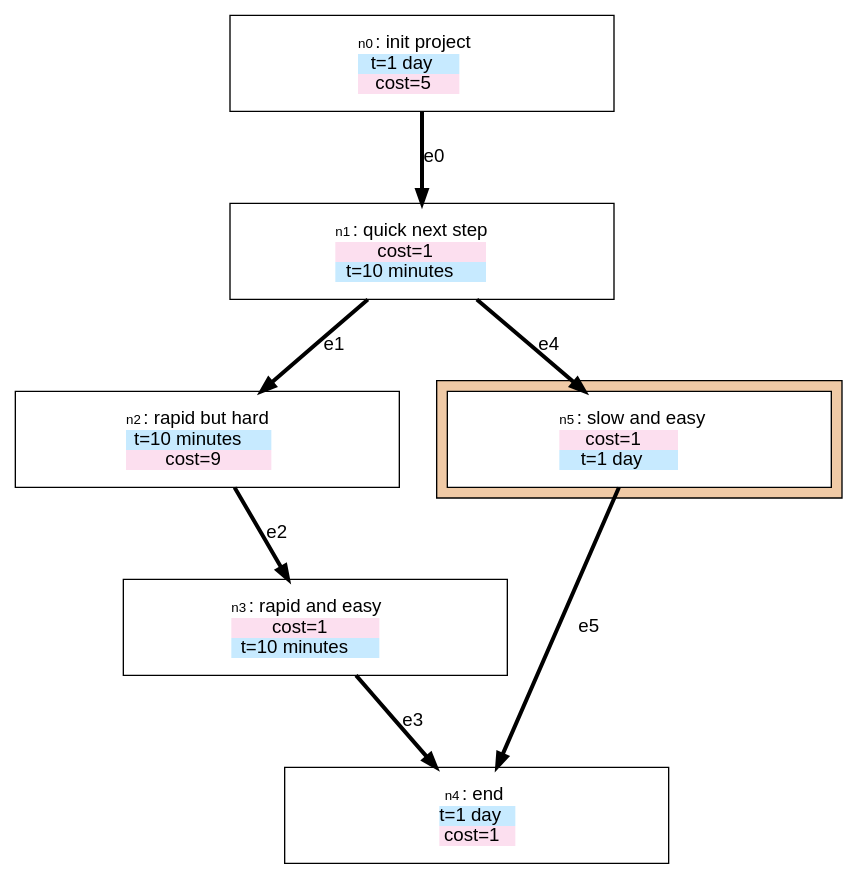
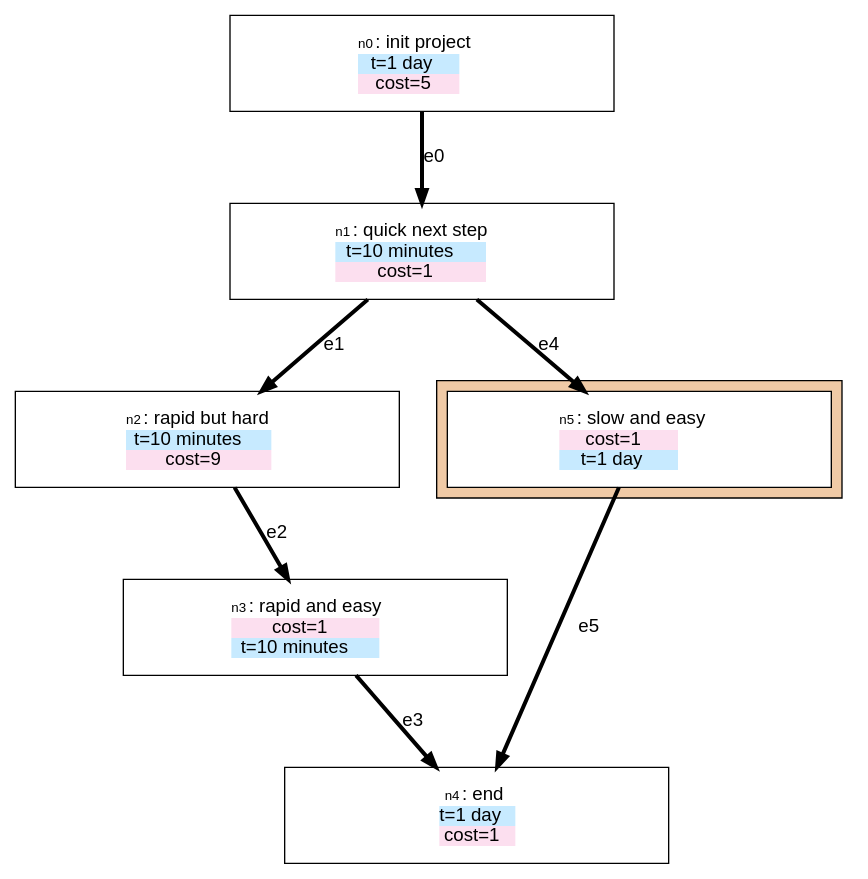
The diagram in examples/variables.dot (stevecooperorg/microdot), drawn with Graphviz before and after one commit. The commit also changed other lines of this file and 3 other files, not shown here.

```diff
--- a/examples/variables.dot
+++ b/examples/variables.dot
@@ -1,121 +1,121 @@
 digraph {
 
     graph [fontname = "helvetica" rankdir="TB" ranksep=0.75 nodesep=0.5];
     node [fontname = "helvetica" shape = "box" width=2.5 style=filled];
     edge [fontname = "helvetica" penwidth=3 color="#000000"];
 
     n0 [width=4 height=1 label=< <TABLE BORDER="0" CELLPADDING="0" CELLSPACING="0">
     <TR>
         <TD COLSPAN="2"><FONT POINT-SIZE="10">n0</FONT>: init project</TD>
     </TR>
     
         
            <TR>
 <TD BGCOLOR="#C7EAFF"><FONT COLOR="#000000">t=1 day</FONT></TD>
 </TR>
         
            <TR>
 <TD BGCOLOR="#FCDFEF"><FONT COLOR="#000000">cost=5</FONT></TD>
 </TR>
         
     
    </TABLE>
 > fillcolor="#FFFFFF"]
     n1 [width=4 height=1 label=< <TABLE BORDER="0" CELLPADDING="0" CELLSPACING="0">
     <TR>
         <TD COLSPAN="2"><FONT POINT-SIZE="10">n1</FONT>: quick next step</TD>
     </TR>
     
         
            <TR>
-<TD BGCOLOR="#FCDFEF"><FONT COLOR="#000000">cost=1</FONT></TD>
+<TD BGCOLOR="#C7EAFF"><FONT COLOR="#000000">t=10 minutes</FONT></TD>
 </TR>
         
            <TR>
-<TD BGCOLOR="#C7EAFF"><FONT COLOR="#000000">t=10 minutes</FONT></TD>
+<TD BGCOLOR="#FCDFEF"><FONT COLOR="#000000">cost=1</FONT></TD>
 </TR>
         
     
    </TABLE>
 > fillcolor="#FFFFFF"]
     n2 [width=4 height=1 label=< <TABLE BORDER="0" CELLPADDING="0" CELLSPACING="0">
     <TR>
         <TD COLSPAN="2"><FONT POINT-SIZE="10">n2</FONT>: rapid but hard</TD>
     </TR>
     
         
            <TR>
 <TD BGCOLOR="#C7EAFF"><FONT COLOR="#000000">t=10 minutes</FONT></TD>
 </TR>
         
            <TR>
 <TD BGCOLOR="#FCDFEF"><FONT COLOR="#000000">cost=9</FONT></TD>
 </TR>
         
     
    </TABLE>
 > fillcolor="#FFFFFF"]
     n3 [width=4 height=1 label=< <TABLE BORDER="0" CELLPADDING="0" CELLSPACING="0">
     <TR>
         <TD COLSPAN="2"><FONT POINT-SIZE="10">n3</FONT>: rapid and easy</TD>
     </TR>
     
         
            <TR>
 <TD BGCOLOR="#FCDFEF"><FONT COLOR="#000000">cost=1</FONT></TD>
 </TR>
         
            <TR>
 <TD BGCOLOR="#C7EAFF"><FONT COLOR="#000000">t=10 minutes</FONT></TD>
 </TR>
         
     
    </TABLE>
 > fillcolor="#FFFFFF"]
     n4 [width=4 height=1 label=< <TABLE BORDER="0" CELLPADDING="0" CELLSPACING="0">
     <TR>
         <TD COLSPAN="2"><FONT POINT-SIZE="10">n4</FONT>: end</TD>
     </TR>
     
         
            <TR>
 <TD BGCOLOR="#C7EAFF"><FONT COLOR="#000000">t=1 day</FONT></TD>
 </TR>
         
            <TR>
 <TD BGCOLOR="#FCDFEF"><FONT COLOR="#000000">cost=1</FONT></TD>
 </TR>
         
     
    </TABLE>
 > fillcolor="#FFFFFF"]
   subgraph cluster_SG_SUBGRAPH {
 
   bgcolor="#F0CAA6"
     n5 [width=4 height=1 label=< <TABLE BORDER="0" CELLPADDING="0" CELLSPACING="0">
     <TR>
         <TD COLSPAN="2"><FONT POINT-SIZE="10">n5</FONT>: slow and easy</TD>
     </TR>
     
         
            <TR>
 <TD BGCOLOR="#FCDFEF"><FONT COLOR="#000000">cost=1</FONT></TD>
 </TR>
         
            <TR>
 <TD BGCOLOR="#C7EAFF"><FONT COLOR="#000000">t=1 day</FONT></TD>
 </TR>
         
     
    </TABLE>
 > fillcolor="#FFFFFF"]
   }
 
     "n0" -> "n1" [label="e0"];
     "n1" -> "n2" [label="e1"];
     "n2" -> "n3" [label="e2"];
     "n3" -> "n4" [label="e3"];
     "n1" -> "n5" [label="e4"];
     "n5" -> "n4" [label="e5"];
 
 }
```
